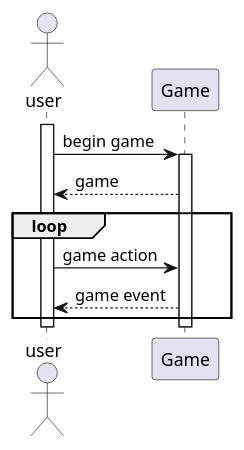
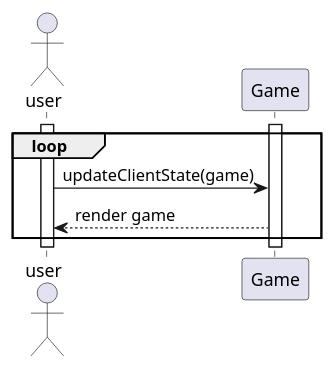
One commit to PolyPong/PolyPong changed the diagram in doc/sequencediagrams/fr6.puml. Above: the diagram before and after it, drawn with PlantUML.

Commit message:
final fr6 hopefully

```diff
--- a/doc/sequencediagrams/fr6.puml
+++ b/doc/sequencediagrams/fr6.puml
@@ -1,31 +1,19 @@
+@startuml
 actor user
 
-'participant Lobby as L
 participant Game as G
-'activate user
-''
-''        user -> L: begin game
-''        activate L
-''                L -> G: start game
-''        deactivate L
-''        activate G
-''                G --> user: game
-''                loop
-''                        user -> G: game action
-''                        G --> user: game event
-''                end
-''                deactivate G
-'deactivate user
+
 
 activate user
 
-        user -> G: begin game
-        activate G
-        G --> user: game
+'        user -> G: begin game
+'        activate G
+'        G --> user: game
                 loop
-                        user -> G: game action
-                        G --> user: game event
+                        user -> G: updateClientState(game)
+                        G --> user: render game
                 end
         activate G
                 deactivate G
 deactivate user
+@enduml
```
